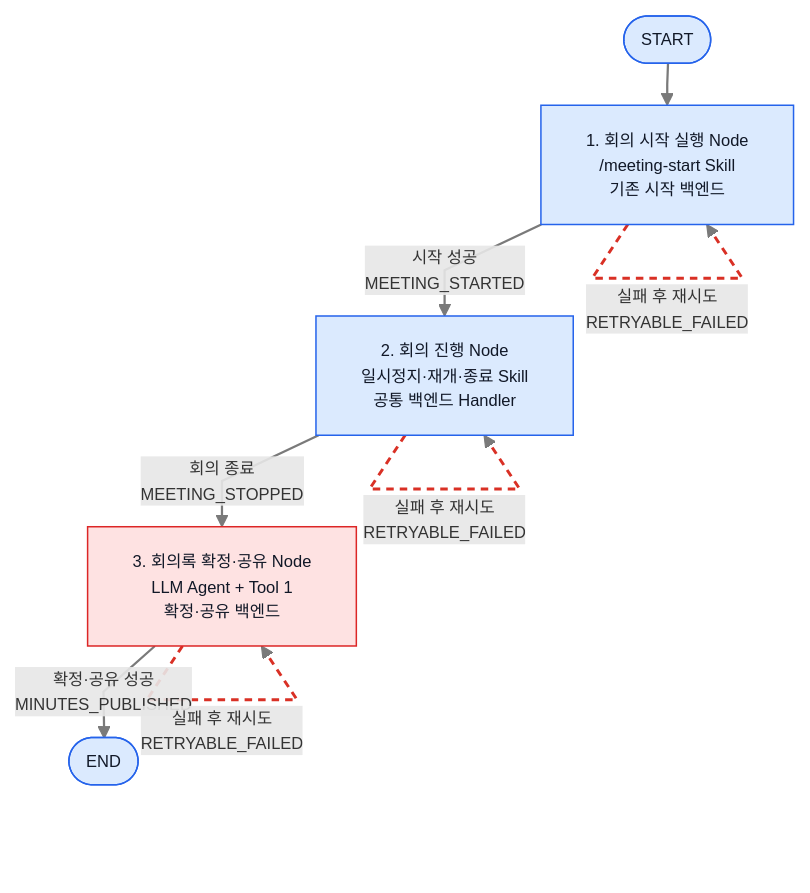
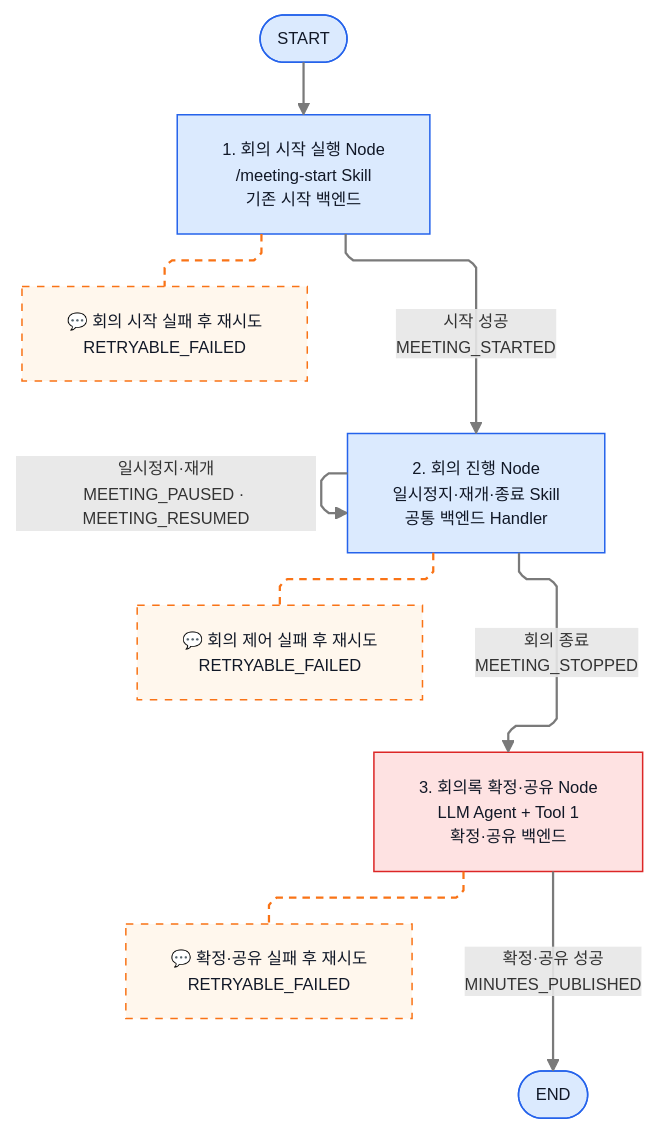
Before and after one commit to ericyum/Obsidian: the third of 11 diagrams in ZENAI/에이전트 설계/회의록 에이전트 설계/1. 회의록 에이전트 워크플로우 graph 정의.md, drawn with Mermaid. The commit also changed other lines of this file and 5 other files, not shown here.

````diff
--- a/ZENAI/에이전트 설계/회의록 에이전트 설계/1. 회의록 에이전트 워크플로우 graph 정의.md
+++ b/ZENAI/에이전트 설계/회의록 에이전트 설계/1. 회의록 에이전트 워크플로우 graph 정의.md
@@ -113,19 +119,21 @@
 ```mermaid
-%%{init: {"flowchart": {"useMaxWidth": true, "nodeSpacing": 20, "rankSpacing": 28, "curve": "linear"}, "themeVariables": {"fontSize": "11px"}}}%%
+%%{init: {"flowchart": {"defaultRenderer": "elk", "useMaxWidth": true, "nodeSpacing": 60, "rankSpacing": 70, "curve": "linear"}, "elk": {"mergeEdges": false, "nodePlacementStrategy": "LINEAR_SEGMENTS", "keepEntryNodeOnTop": true}, "themeVariables": {"fontSize": "11px"}}}%%
 flowchart TB
     S(["START"]) --> A["1. 회의 시작 실행 Node<br/>/meeting-start Skill<br/>기존 시작 백엔드"]
     A -->|"시작 성공<br/>MEETING_STARTED"| B["2. 회의 진행 Node<br/>일시정지·재개·종료 Skill<br/>공통 백엔드 Handler"]
     B -->|"회의 종료<br/>MEETING_STOPPED"| C["3. 회의록 확정·공유 Node<br/>LLM Agent + Tool 1<br/>확정·공유 백엔드"]
     C -->|"확정·공유 성공<br/>MINUTES_PUBLISHED"| E(["END"])
     B -->|"일시정지·재개<br/>MEETING_PAUSED · MEETING_RESUMED"| B
-    A -.->|"실패 후 재시도<br/>RETRYABLE_FAILED"| A
-    B -.->|"실패 후 재시도<br/>RETRYABLE_FAILED"| B
-    C -.->|"실패 후 재시도<br/>RETRYABLE_FAILED"| C
+    A -.- RA["💬 회의 시작 실패 후 재시도<br/>RETRYABLE_FAILED"]
+    B -.- RB["💬 회의 제어 실패 후 재시도<br/>RETRYABLE_FAILED"]
+    C -.- RC["💬 확정·공유 실패 후 재시도<br/>RETRYABLE_FAILED"]
     classDef internal fill:#dbeafe,stroke:#2563eb,color:#111827;
     classDef llm fill:#fee2e2,stroke:#dc2626,color:#111827;
+    classDef note fill:#fff7ed,stroke:#f97316,color:#111827,stroke-dasharray: 5 5;
     class A,B internal;
     class C llm;
     class S,E internal;
+    class RA,RB,RC note;
     linkStyle default stroke:#7a7a7a,stroke-width:1.5px;
-    linkStyle 5,6,7 stroke:#d93025,stroke-width:2px,stroke-dasharray: 5 4;
+    linkStyle 5,6,7 stroke:#f97316,stroke-width:1.5px,stroke-dasharray: 5 4;
 ```
````
